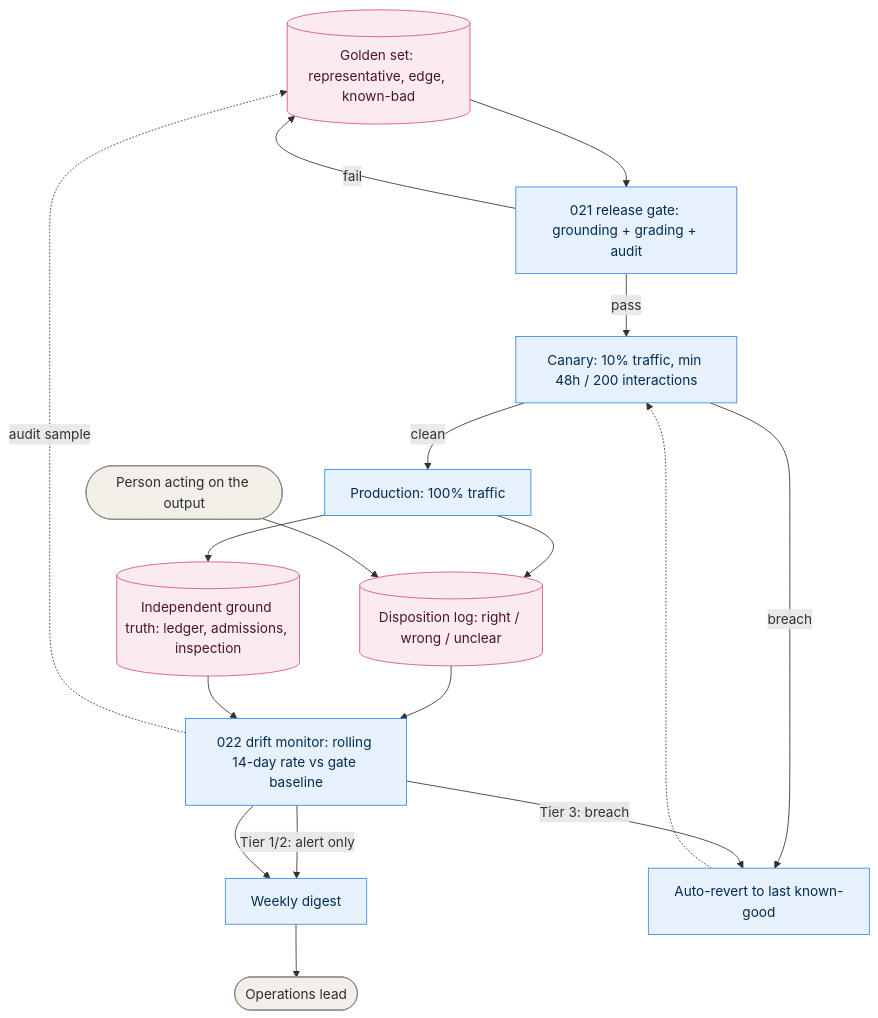
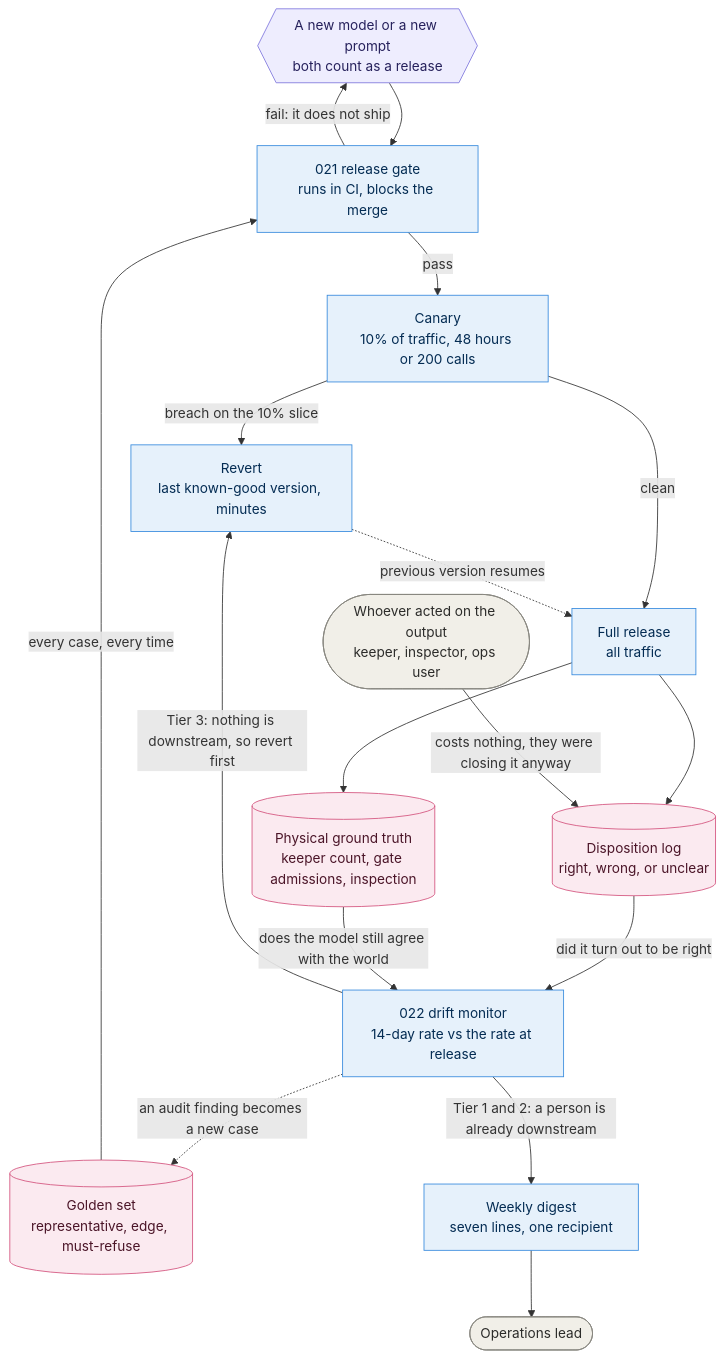
Before and after one commit to Humanberto/architectural-katas-2026: the diagram in docs/diagrams/10-evaluation-loop.md, drawn with Mermaid. The commit also changed other lines of this file, not shown here.

Commit message:
fix(diagram-10): add the candidate-version node, put detail in labels

````diff
--- a/docs/diagrams/10-evaluation-loop.md
+++ b/docs/diagrams/10-evaluation-loop.md
@@ -7,49 +9,52 @@
 ```mermaid
 flowchart TB
-  golden[(Golden set: representative, edge, known-bad)]
-  gate[021 release gate: grounding + grading + audit]
-  canary[Canary: 10% traffic, min 48h / 200 interactions]
-  production[Production: 100% traffic]
+  candidate{{A new model or a new prompt<br/>both count as a release}}
 
-  disposition[(Disposition log: right / wrong / unclear)]
-  groundtruth[(Independent ground truth: ledger, admissions, inspection)]
-  person([Person acting on the output])
+  golden[(Golden set<br/>representative, edge, must-refuse)]
+  gate[021 release gate<br/>runs in CI, blocks the merge]
+  canary[Canary<br/>10% of traffic, 48 hours or 200 calls]
+  production[Full release<br/>all traffic]
 
-  monitor[022 drift monitor: rolling 14-day rate vs gate baseline]
-  digest[Weekly digest]
-  revert[Auto-revert to last known-good]
+  person([Whoever acted on the output<br/>keeper, inspector, ops user])
+  disposition[(Disposition log<br/>right, wrong, or unclear)]
+  groundtruth[(Physical ground truth<br/>keeper count, gate admissions, inspection)]
+
+  monitor[022 drift monitor<br/>14-day rate vs the rate at release]
+  revert[Revert<br/>last known-good version, minutes]
+  digest[Weekly digest<br/>seven lines, one recipient]
   opslead([Operations lead])
 
-  golden --> gate
-  gate -- fail --> golden
+  candidate --> gate
+  golden -- every case, every time --> gate
+  gate -- fail: it does not ship --> candidate
   gate -- pass --> canary
-  canary -- breach --> revert
+  canary -- breach on the 10% slice --> revert
   canary -- clean --> production
 
   production --> disposition
   production --> groundtruth
-  person --> disposition
+  person -- costs nothing, they were closing it anyway --> disposition
 
-  disposition --> monitor
-  groundtruth --> monitor
+  disposition -- did it turn out to be right --> monitor
+  groundtruth -- does the model still agree with the world --> monitor
 
-  monitor -- Tier 1/2: alert only --> digest
-  monitor -- Tier 3: breach --> revert
-  monitor --> digest
+  monitor -- Tier 1 and 2: a person is already downstream --> digest
+  monitor -- Tier 3: nothing is downstream, so revert first --> revert
+  monitor -. an audit finding becomes a new case .-> golden
   digest --> opslead
-  revert -.-> canary
-  monitor -. audit sample .-> golden
+  revert -. previous version resumes .-> production
 
   classDef t1 fill:#EAF3DE,stroke:#639922,color:#173404
   classDef t2 fill:#FAEEDA,stroke:#BA7517,color:#412402
   classDef t3 fill:#EEEDFE,stroke:#7F77DD,color:#26215C
   classDef edge fill:#E1F5EE,stroke:#1D9E75,color:#04342C
   classDef cloud fill:#E6F1FB,stroke:#378ADD,color:#042C53
   classDef human fill:#F1EFE8,stroke:#888780,color:#2C2C2A
   classDef store fill:#FBEAF0,stroke:#D4537E,color:#4B1528
   classDef ext fill:#FCEBEB,stroke:#E24B4A,color:#501313
 
+  class candidate t3
   class golden,disposition,groundtruth store
   class gate,canary,production,monitor,digest,revert cloud
   class person,opslead human
 ```
````
